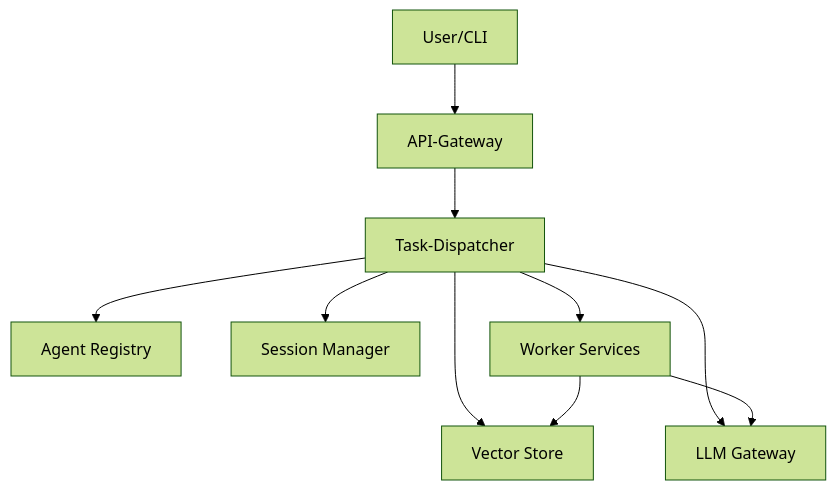
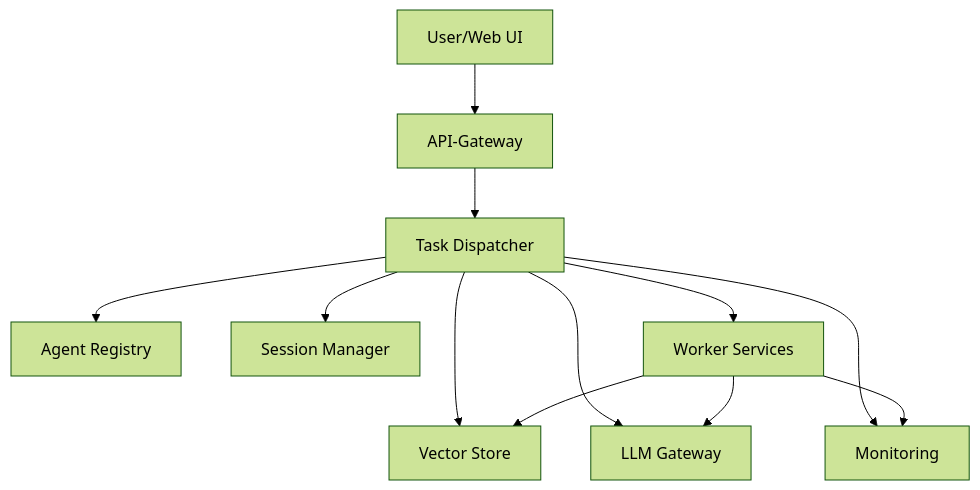
The diagram in README.md (Modularium/Agent-NN), drawn with Mermaid (forest theme) before and after one commit. The commit also changed other lines of this file and 6 other files, not shown here.

````diff
--- a/README.md
+++ b/README.md
@@ -13,12 +14,14 @@
 ```mermaid
 graph TD
-    U[User/CLI] --> G[API-Gateway]
-    G --> D[Task-Dispatcher]
+    U[User/Web UI] --> G[API-Gateway]
+    G --> D[Task Dispatcher]
     D --> R[Agent Registry]
     D --> S[Session Manager]
     D --> W[Worker Services]
     D --> V[Vector Store]
     D --> L[LLM Gateway]
     W --> V
     W --> L
+    D --> M[Monitoring]
+    W --> M
 ```
````
